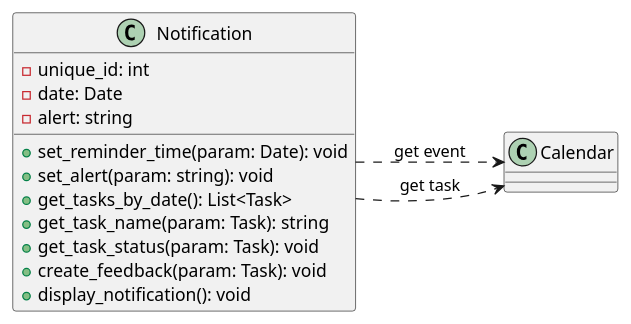
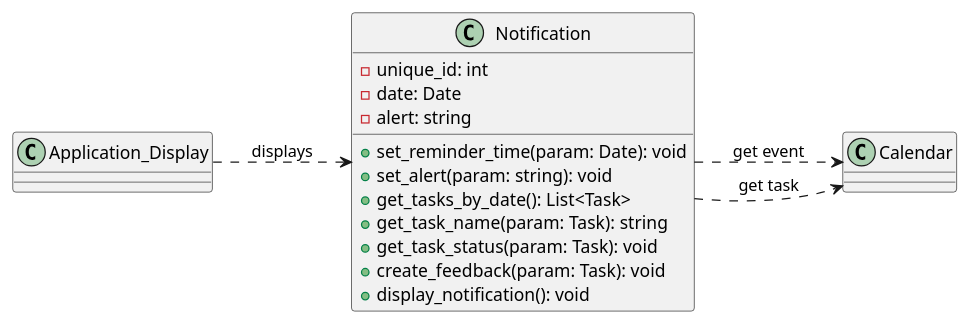
Before and after one commit to CS361-2024Fall-Term/Innovators: the diagram in assignment6/notification.puml, drawn with PlantUML.

Commit message:
Update notification class to reflect class diagram changes

```diff
--- a/assignment6/notification.puml
+++ b/assignment6/notification.puml
@@ -1,22 +1,23 @@
 @startuml
 
 left to right direction
 
 class Notification {
   -unique_id: int  
   -date: Date
   -alert: string
   
   +set_reminder_time(param: Date): void
   +set_alert(param: string): void
   +get_tasks_by_date(): List<Task>
   +get_task_name(param: Task): string
   +get_task_status(param: Task): void
   +create_feedback(param: Task): void
   +display_notification(): void
 }
 
+Application_Display ..> Notification : "displays"
 Notification ..> Calendar : "get event"
 Notification ..> Calendar : "get task"
 
 @enduml
```
